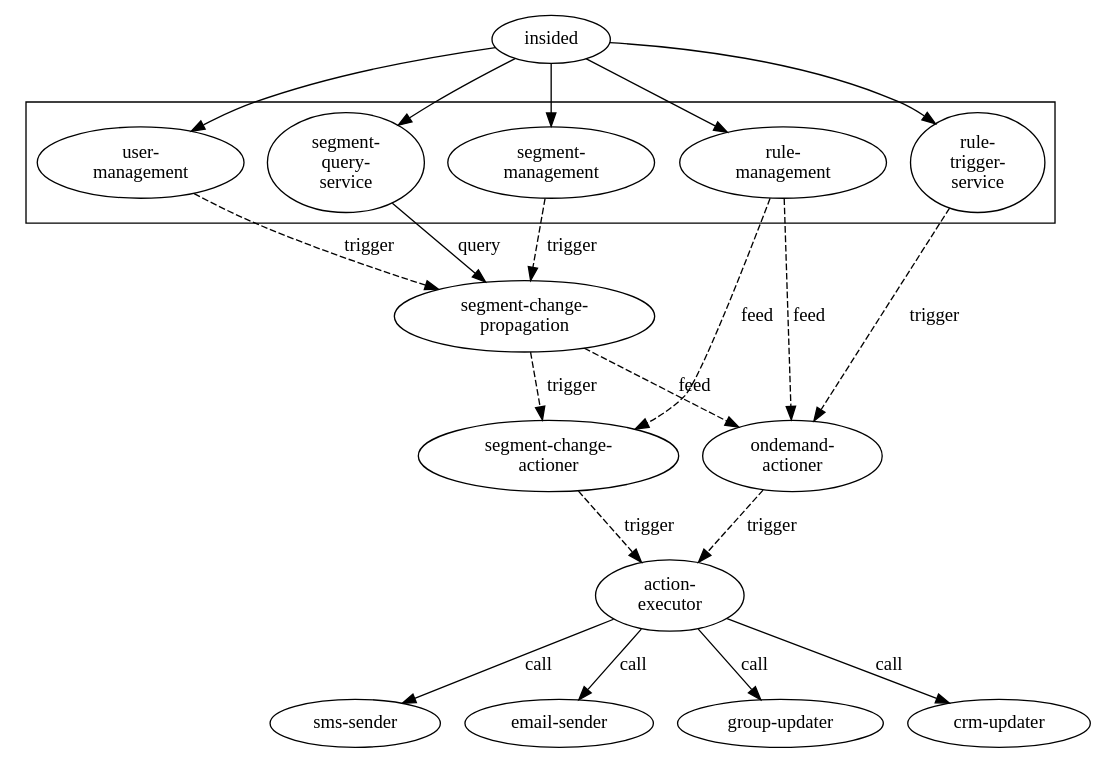
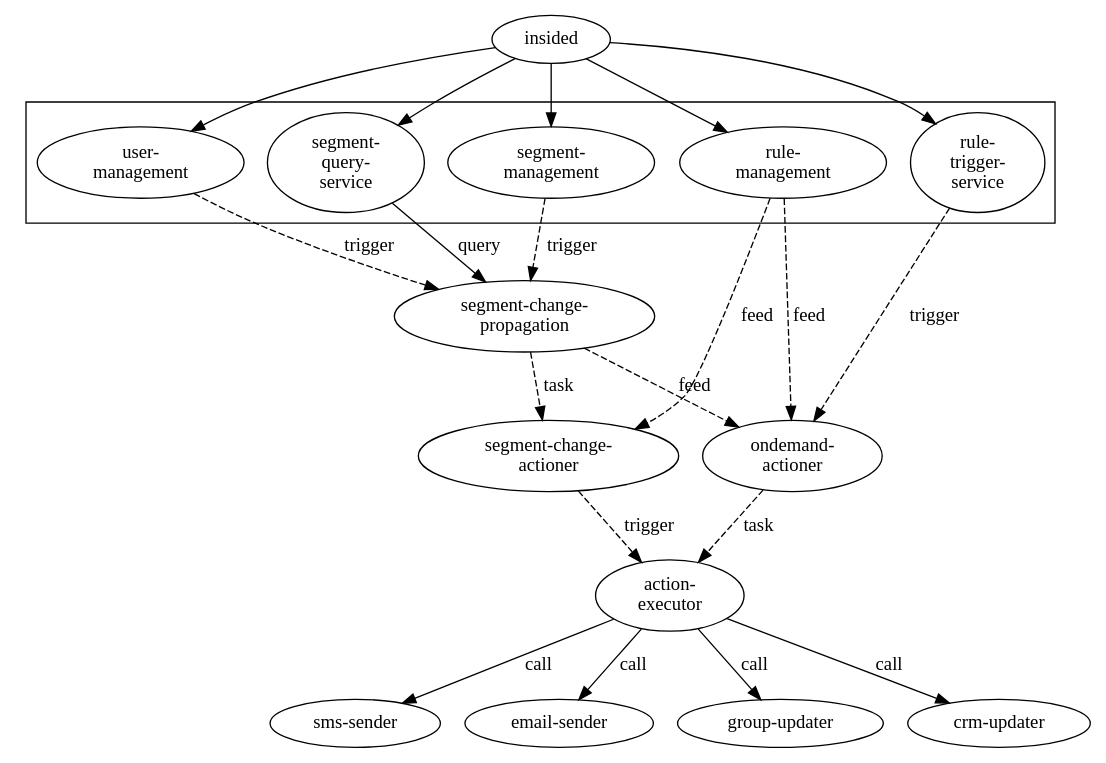
One commit to MarcGrol/userautomation changed the diagram in doc/architecture.dot. Above: the diagram before and after it, drawn with Graphviz. The commit also changed 7 other files, not shown here.

```diff
--- a/doc/architecture.dot
+++ b/doc/architecture.dot
@@ -1,38 +1,38 @@
     digraph G {
     
       rankdir="TD"
       
       insided -> "rule-\ntrigger-\nservice"
       insided -> "rule-\nmanagement"
       insided -> "user-\nmanagement"
       insided -> "segment-\nmanagement"
       insided -> "segment-\nquery-\nservice"
 
       subgraph cluster_Web {
           "rule-\ntrigger-\nservice"
           "rule-\nmanagement"
           "user-\nmanagement"
           "segment-\nmanagement"
           "segment-\nquery-\nservice"
       }
 
        "rule-\ntrigger-\nservice" -> "ondemand-\nactioner" [style=dashed, label=trigger]
       "segment-\nmanagement" -> "segment-change-\npropagation" [style=dashed, label=trigger]
       "segment-\nquery-\nservice" -> "segment-change-\npropagation" [label=query]
 
       "rule-\nmanagement" -> "ondemand-\nactioner" [style=dashed, label=feed]
 
       "user-\nmanagement" -> "segment-change-\npropagation" [style=dashed, label=trigger]
       "segment-change-\npropagation" -> "ondemand-\nactioner" [style=dashed, label=feed]
 
-      "segment-change-\npropagation" -> "segment-change-\nactioner"  [style=dashed, label=trigger]
+      "segment-change-\npropagation" -> "segment-change-\nactioner"  [style=dashed, label=task]
       "rule-\nmanagement" -> "segment-change-\nactioner" [style=dashed, label=feed]
       "segment-change-\nactioner" -> "action-\nexecutor" [style=dashed, label=trigger]
 
-      "ondemand-\nactioner" -> "action-\nexecutor" [style=dashed, label=trigger]
+      "ondemand-\nactioner" -> "action-\nexecutor" [style=dashed, label=task]
 
       "action-\nexecutor" -> "sms-sender" [label=call]
       "action-\nexecutor" -> "email-sender" [label=call]
       "action-\nexecutor" -> "group-updater" [label=call]
       "action-\nexecutor" -> "crm-updater" [label=call]
     }
```
